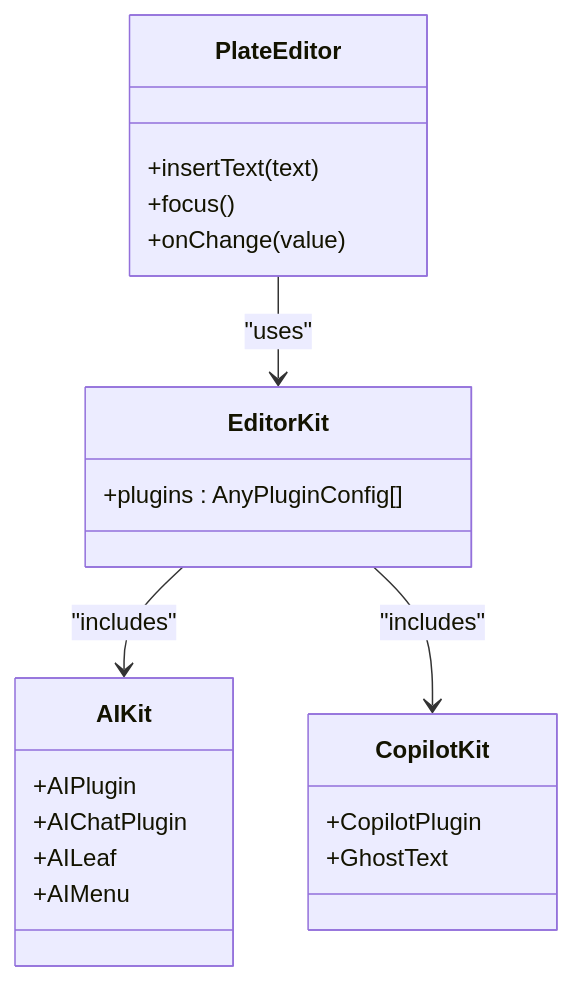
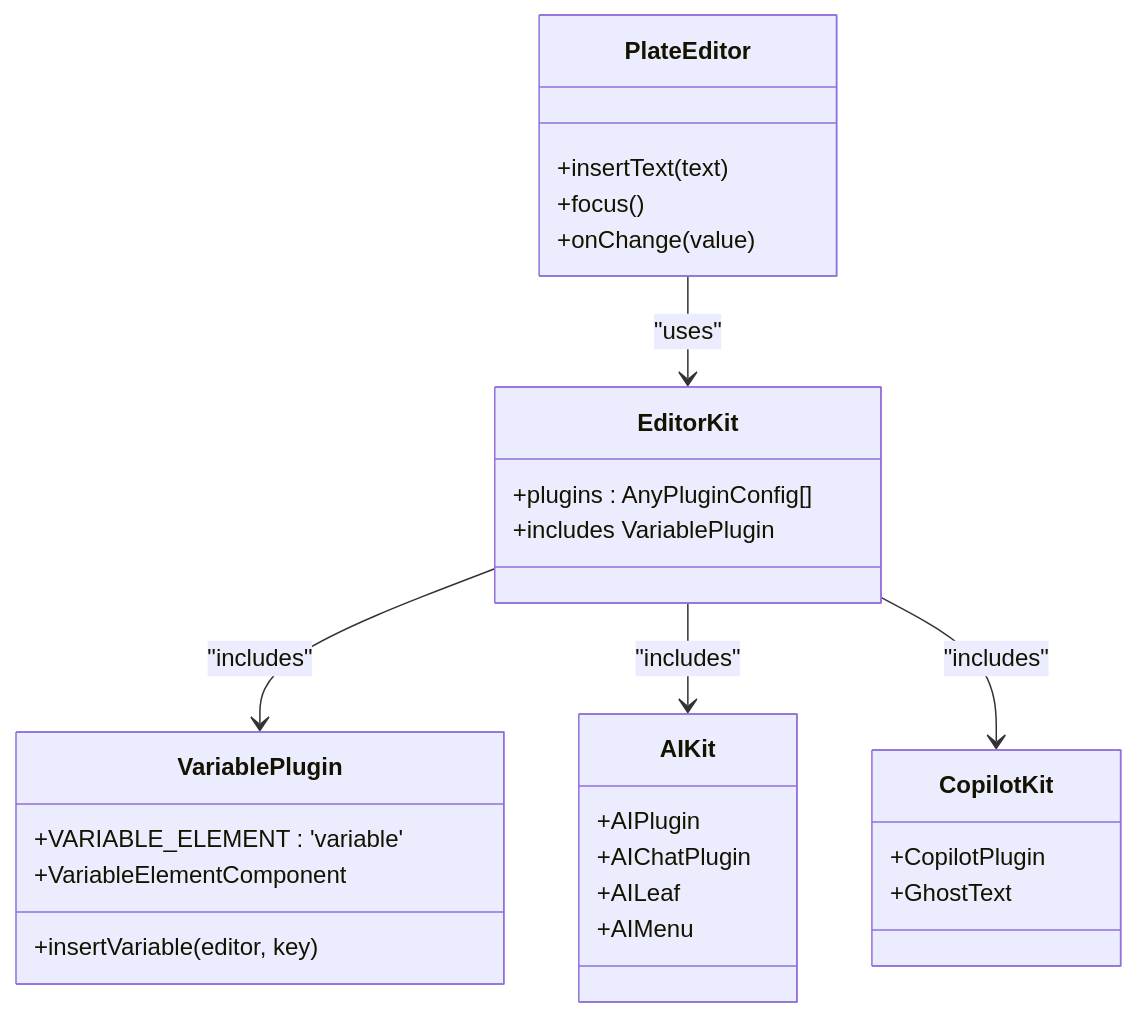
Before and after one commit to SinesysTech/zattar-os: the third of 8 diagrams in .qoder/repowiki/en/content/Document Management and AI Editor/AI-Assisted Document Editing.md, drawn with Mermaid. The commit also changed other lines of this file and 12 other files, not shown here.

````diff
--- a/.qoder/repowiki/en/content/Document Management and AI Editor/AI-Assisted Document Editing.md
+++ b/.qoder/repowiki/en/content/Document Management and AI Editor/AI-Assisted Document Editing.md
@@ -150,24 +179,31 @@
 ```mermaid
 classDiagram
 class PlateEditor {
 +insertText(text)
 +focus()
 +onChange(value)
 }
 class EditorKit {
 +plugins : AnyPluginConfig[]
++includes VariablePlugin
+}
+class VariablePlugin {
++VARIABLE_ELEMENT : 'variable'
++insertVariable(editor, key)
++VariableElementComponent
 }
 class AIKit {
 +AIPlugin
 +AIChatPlugin
 +AILeaf
 +AIMenu
 }
 class CopilotKit {
 +CopilotPlugin
 +GhostText
 }
 PlateEditor --> EditorKit : "uses"
+EditorKit --> VariablePlugin : "includes"
 EditorKit --> AIKit : "includes"
 EditorKit --> CopilotKit : "includes"
 ```
````
